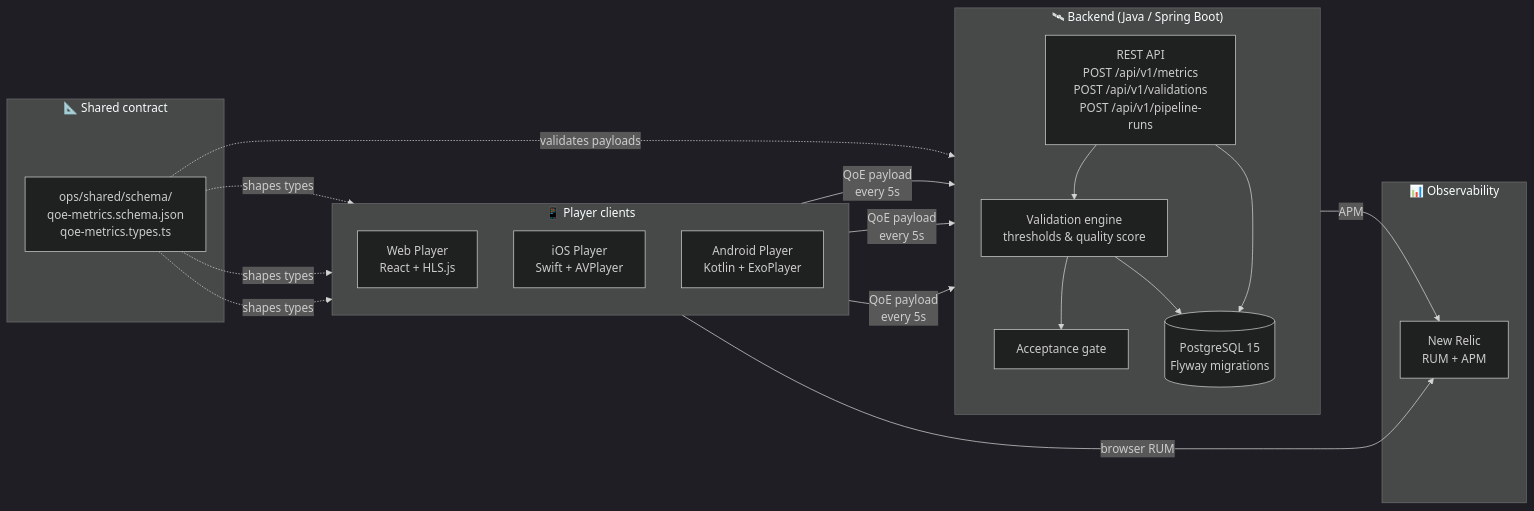
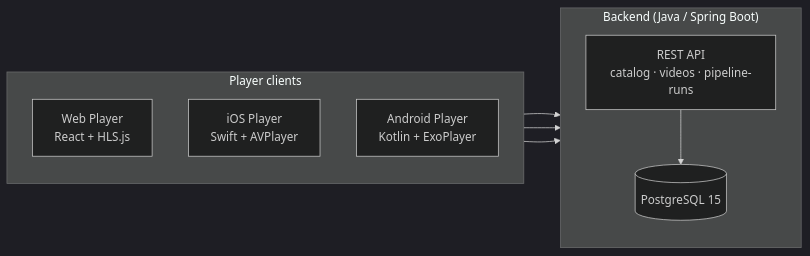
The first of 2 diagrams in README.md (palsure/Platform-QualityByDesign-Workshop), drawn with Mermaid (dark theme) before and after one commit. The commit also changed other lines of this file and 36 other files, not shown here.

````diff
--- a/README.md
+++ b/README.md
@@ -42,40 +42,20 @@
 ```mermaid
 flowchart LR
-  subgraph Players["📱 Player clients"]
+  subgraph Players["Player clients"]
     direction TB
     Web["Web Player<br/>React + HLS.js"]
     iOS["iOS Player<br/>Swift + AVPlayer"]
     Android["Android Player<br/>Kotlin + ExoPlayer"]
   end
 
-  subgraph Backend["🛰  Backend (Java / Spring Boot)"]
+  subgraph Backend["Backend (Java / Spring Boot)"]
     direction TB
-    API["REST API<br/>POST /api/v1/metrics<br/>POST /api/v1/validations<br/>POST /api/v1/pipeline-runs"]
-    Validation["Validation engine<br/>thresholds &amp; quality score"]
-    Gate["Acceptance gate"]
-    DB[("PostgreSQL 15<br/>Flyway migrations")]
-    API --> Validation --> Gate
+    API["REST API<br/>catalog · videos · pipeline-runs"]
+    DB[("PostgreSQL 15")]
     API --> DB
-    Validation --> DB
   end
 
-  subgraph Schema["📐 Shared contract"]
-    SchemaJSON["ops/shared/schema/<br/>qoe-metrics.schema.json<br/>qoe-metrics.types.ts"]
-  end
-
-  subgraph Obs["📊 Observability"]
-    NR["New Relic<br/>RUM + APM"]
-  end
-
-  Web -- "QoE payload<br/>every 5s" --> API
-  iOS -- "QoE payload<br/>every 5s" --> API
-  Android -- "QoE payload<br/>every 5s" --> API
-
-  Web -- "browser RUM" --> NR
-  API -- "APM" --> NR
-
-  SchemaJSON -. "validates payloads" .-> API
-  SchemaJSON -. "shapes types" .-> Web
-  SchemaJSON -. "shapes types" .-> iOS
-  SchemaJSON -. "shapes types" .-> Android
+  Web --> API
+  iOS --> API
+  Android --> API
 ```
````
